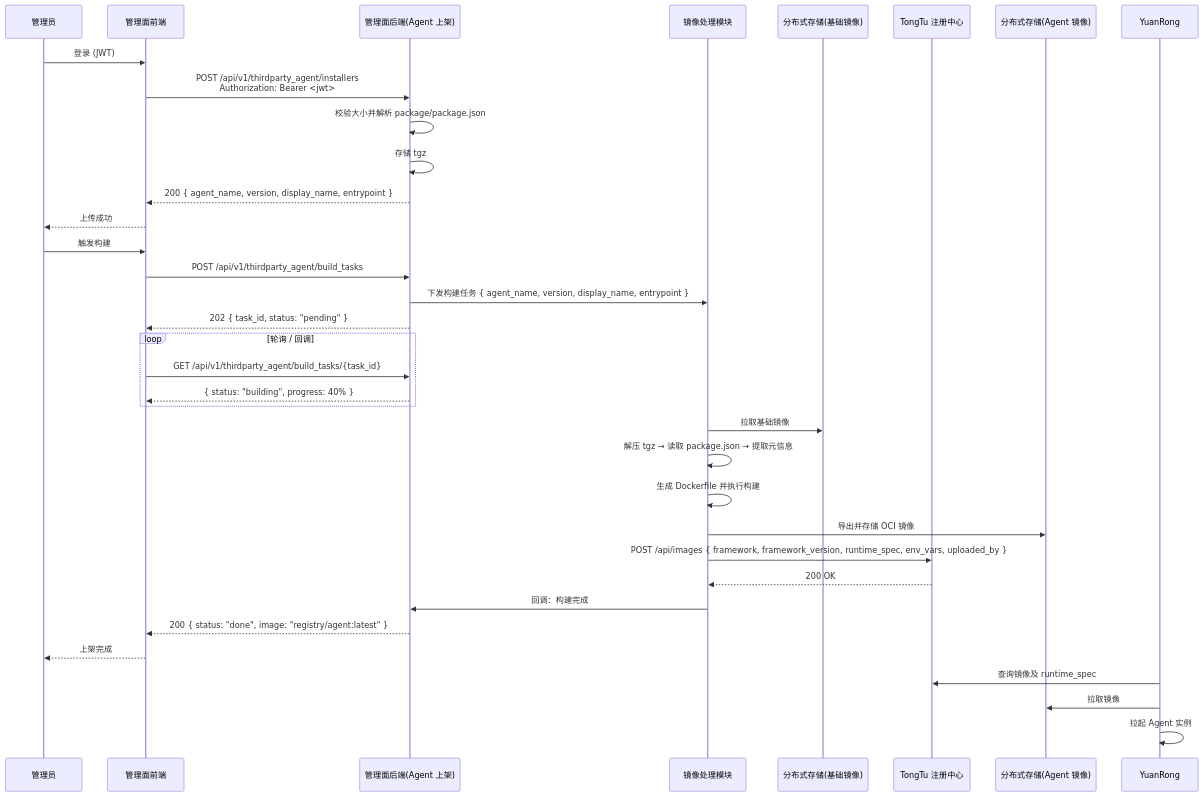
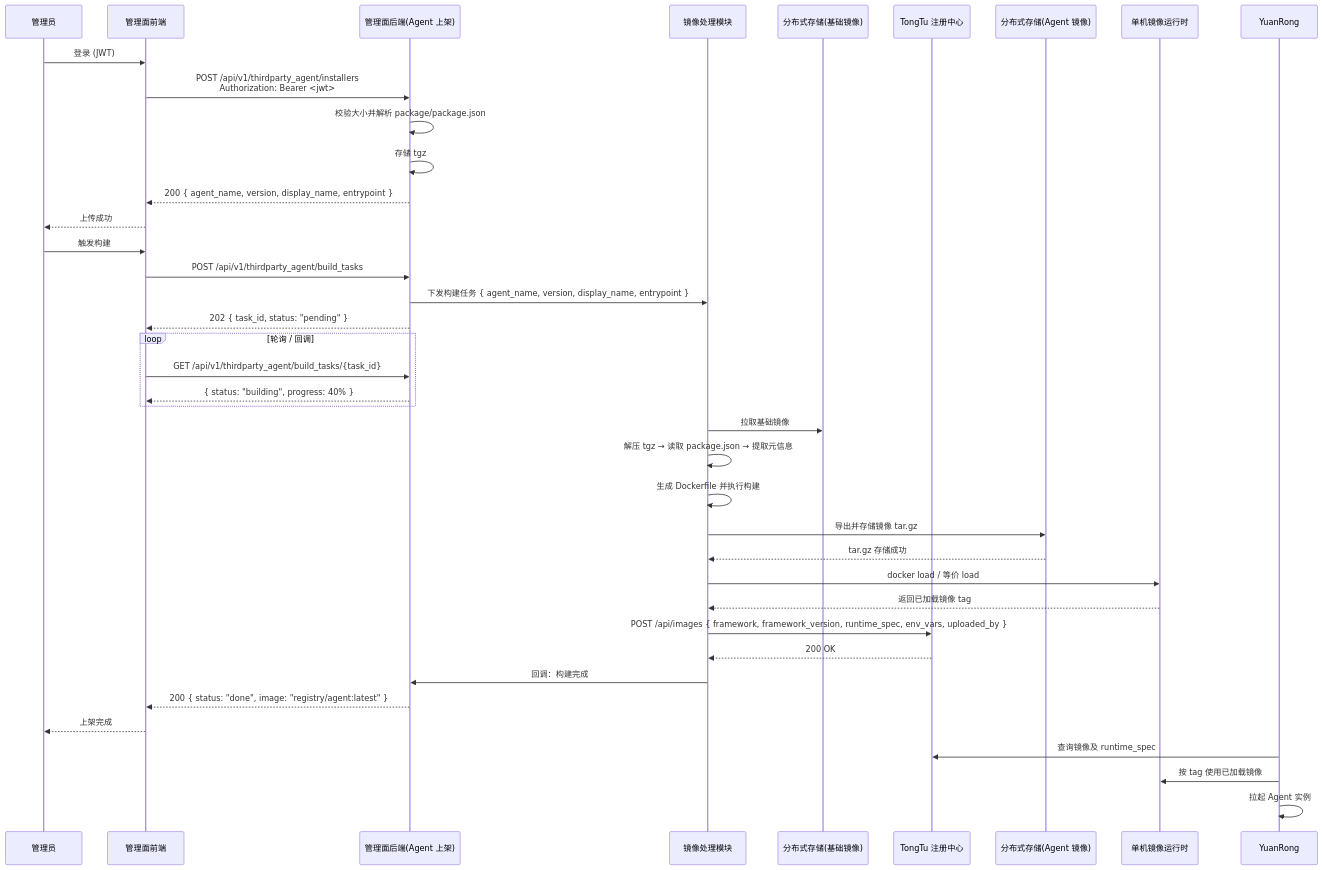
Before and after one commit to csoulnd/InferTechNote: the second of 3 diagrams in codeagent/docs/design/claude-code-offline-install.md, drawn with Mermaid. The commit also changed other lines of this file, not shown here.

Commit message:
docs: clarify single-node image registration flow

````diff
--- a/codeagent/docs/design/claude-code-offline-install.md
+++ b/codeagent/docs/design/claude-code-offline-install.md
@@ -88,42 +91,46 @@
 ```mermaid
 sequenceDiagram
     participant Admin as 管理员
     participant UI as 管理面前端
     participant ADMIN as 管理面后端(Agent 上架)
     participant BE as 镜像处理模块
     participant BR as 分布式存储(基础镜像)
     participant REG as TongTu 注册中心
     participant STORE as 分布式存储(Agent 镜像)
+    participant RUNTIME as 单机镜像运行时
     participant YR as YuanRong
 
     Admin->>UI: 登录 (JWT)
     UI->>ADMIN: POST /api/v1/thirdparty_agent/installers<br/>Authorization: Bearer <jwt>
     ADMIN->>ADMIN: 校验大小并解析 package/package.json
     ADMIN->>ADMIN: 存储 tgz
     ADMIN-->>UI: 200 { agent_name, version, display_name, entrypoint }
     UI-->>Admin: 上传成功
 
     Admin->>UI: 触发构建
     UI->>ADMIN: POST /api/v1/thirdparty_agent/build_tasks
     ADMIN->>BE: 下发构建任务 { agent_name, version, display_name, entrypoint }
     ADMIN-->>UI: 202 { task_id, status: "pending" }
 
     loop 轮询 / 回调
         UI->>ADMIN: GET /api/v1/thirdparty_agent/build_tasks/{task_id}
         ADMIN-->>UI: { status: "building", progress: 40% }
     end
 
     BE->>BR: 拉取基础镜像
     BE->>BE: 解压 tgz → 读取 package.json → 提取元信息
     BE->>BE: 生成 Dockerfile 并执行构建
-    BE->>STORE: 导出并存储 OCI 镜像
+    BE->>STORE: 导出并存储镜像 tar.gz
+    STORE-->>BE: tar.gz 存储成功
+    BE->>RUNTIME: docker load / 等价 load
+    RUNTIME-->>BE: 返回已加载镜像 tag
     BE->>REG: POST /api/images { framework, framework_version, runtime_spec, env_vars, uploaded_by }
     REG-->>BE: 200 OK
     BE->>ADMIN: 回调：构建完成
     ADMIN-->>UI: 200 { status: "done", image: "registry/agent:latest" }
     UI-->>Admin: 上架完成
 
     YR->>REG: 查询镜像及 runtime_spec
-    YR->>STORE: 拉取镜像
+    YR->>RUNTIME: 按 tag 使用已加载镜像
     YR->>YR: 拉起 Agent 实例
 ```
````
